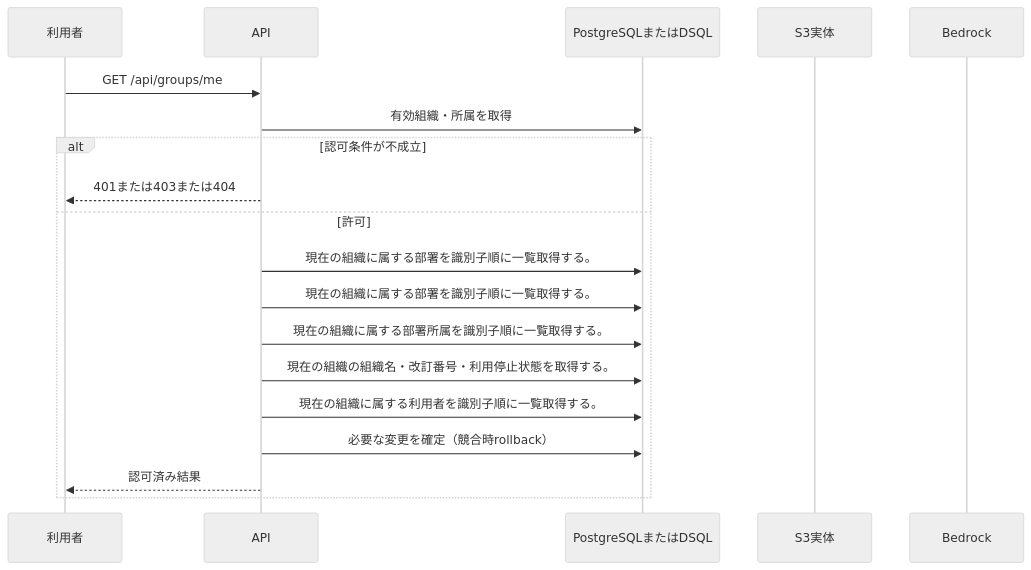
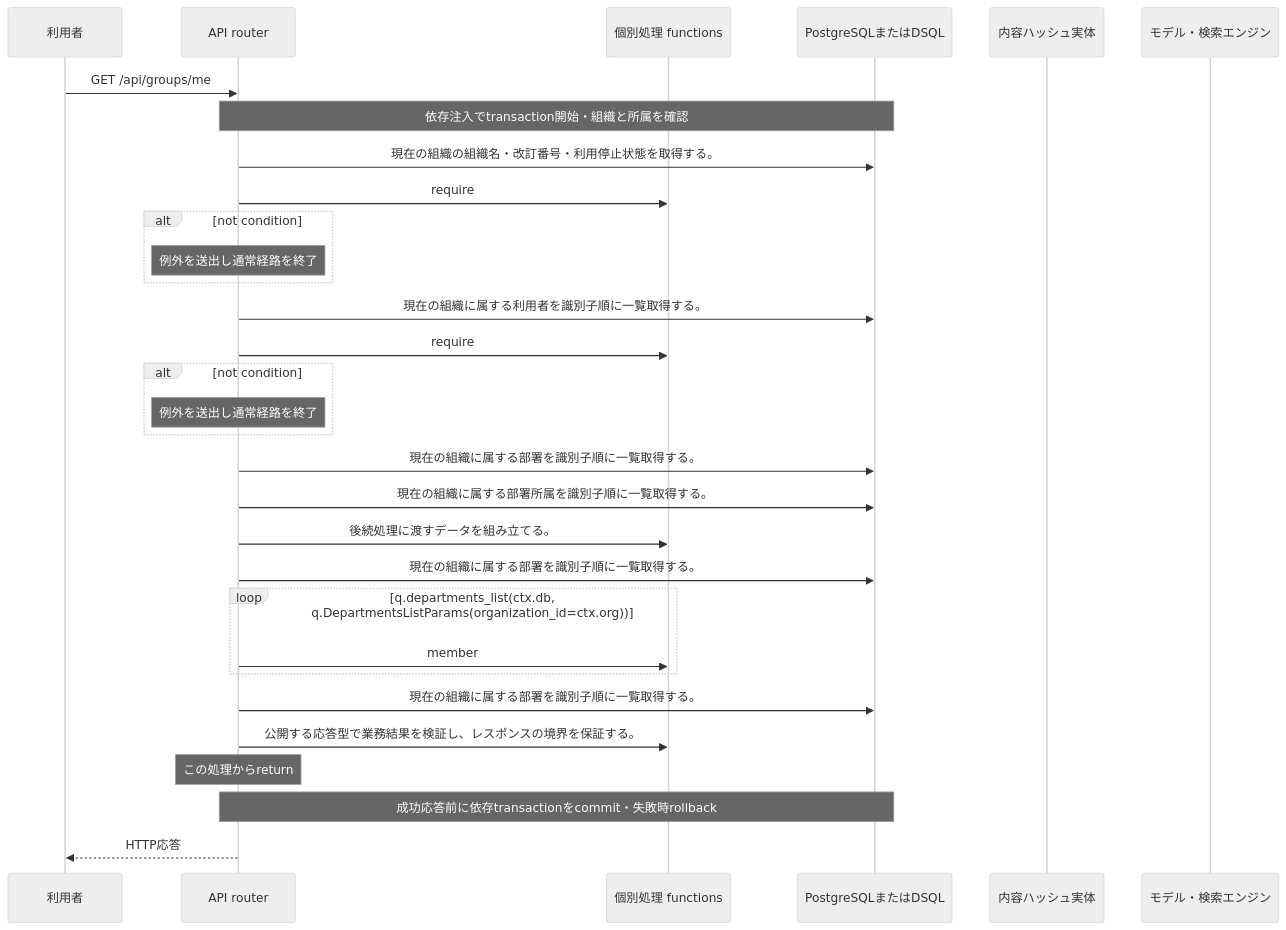
Before and after one commit to tsuji-tomonori/KotoRelay: the diagram in docs/design/generated/api/groups/get_identity/sequence.md, drawn with Mermaid (neutral theme). The commit also changed other lines of this file and 424 other files, not shown here.

````diff
--- a/docs/design/generated/api/groups/get_identity/sequence.md
+++ b/docs/design/generated/api/groups/get_identity/sequence.md
@@ -7,21 +7,33 @@
 ```mermaid
 sequenceDiagram
     participant U as 利用者
-    participant A as API
+    participant A as API router
+    participant F as 個別処理 functions
     participant D as PostgreSQLまたはDSQL
-    participant S as S3実体
-    participant M as Bedrock
+    participant S as 内容ハッシュ実体
+    participant M as モデル・検索エンジン
     U->>A: GET /api/groups/me
-    A->>D: 有効組織・所属を取得
-    alt 認可条件が不成立
-        A-->>U: 401または403または404
-    else 許可
-        A->>D: 現在の組織に属する部署を識別子順に一覧取得する。
-        A->>D: 現在の組織に属する部署を識別子順に一覧取得する。
-        A->>D: 現在の組織に属する部署所属を識別子順に一覧取得する。
-        A->>D: 現在の組織の組織名・改訂番号・利用停止状態を取得する。
-        A->>D: 現在の組織に属する利用者を識別子順に一覧取得する。
-        A->>D: 必要な変更を確定（競合時rollback）
-        A-->>U: 認可済み結果
+    Note over A,D: 依存注入でtransaction開始・組織と所属を確認
+    A->>D: 現在の組織の組織名・改訂番号・利用停止状態を取得する。
+    A->>F: require
+    alt not condition
+    Note over A: 例外を送出し通常経路を終了
     end
+    A->>D: 現在の組織に属する利用者を識別子順に一覧取得する。
+    A->>F: require
+    alt not condition
+    Note over A: 例外を送出し通常経路を終了
+    end
+    A->>D: 現在の組織に属する部署を識別子順に一覧取得する。
+    A->>D: 現在の組織に属する部署所属を識別子順に一覧取得する。
+    A->>F: 後続処理に渡すデータを組み立てる。
+    A->>D: 現在の組織に属する部署を識別子順に一覧取得する。
+    loop q.departments_list(ctx.db, q.DepartmentsListParams(organization_id=ctx.org))
+    A->>F: member
+    end
+    A->>D: 現在の組織に属する部署を識別子順に一覧取得する。
+    A->>F: 公開する応答型で業務結果を検証し、レスポンスの境界を保証する。
+    Note over A: この処理からreturn
+    Note over A,D: 成功応答前に依存transactionをcommit・失敗時rollback
+    A-->>U: HTTP応答
 ```
````
